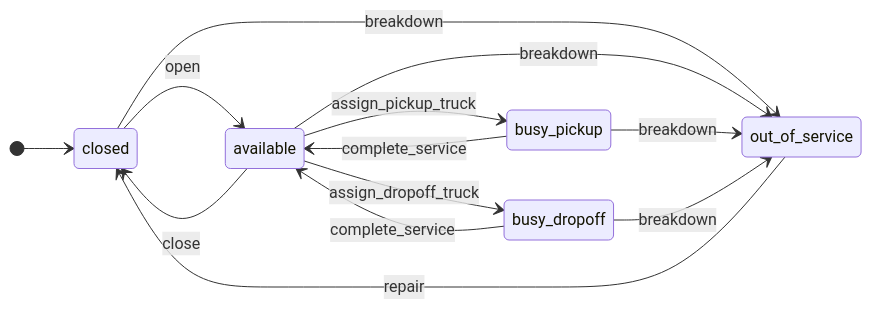
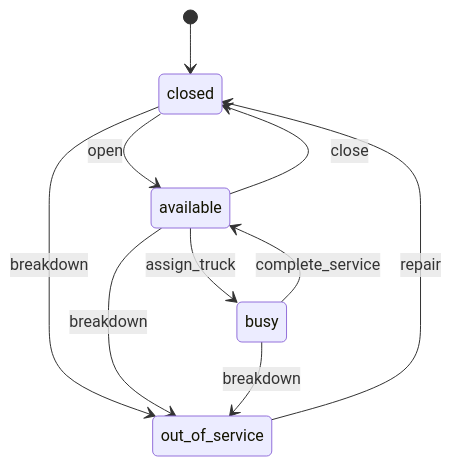
One commit to IORA-NUS/openride_apps changed the diagram in apps/container_logistics/statemachine/gate_sm.mmd. Above: the diagram before and after it, drawn with Mermaid. The commit also changed 270 other files, not shown here.

```diff
--- a/apps/container_logistics/statemachine/gate_sm.mmd
+++ b/apps/container_logistics/statemachine/gate_sm.mmd
@@ -1,15 +1,10 @@
 stateDiagram-v2
-    direction LR
     [*] --> closed
     closed --> available: open
-    available --> busy_pickup: assign_pickup_truck
-    available --> busy_dropoff: assign_dropoff_truck
-    busy_pickup --> available: complete_service
-    busy_dropoff --> available: complete_service
+    available --> busy: assign_truck
+    busy --> available: complete_service
     available --> closed: close
-
     closed --> out_of_service: breakdown
     available --> out_of_service: breakdown
-    busy_pickup --> out_of_service: breakdown
-    busy_dropoff --> out_of_service: breakdown
+    busy --> out_of_service: breakdown
     out_of_service --> closed: repair
```
